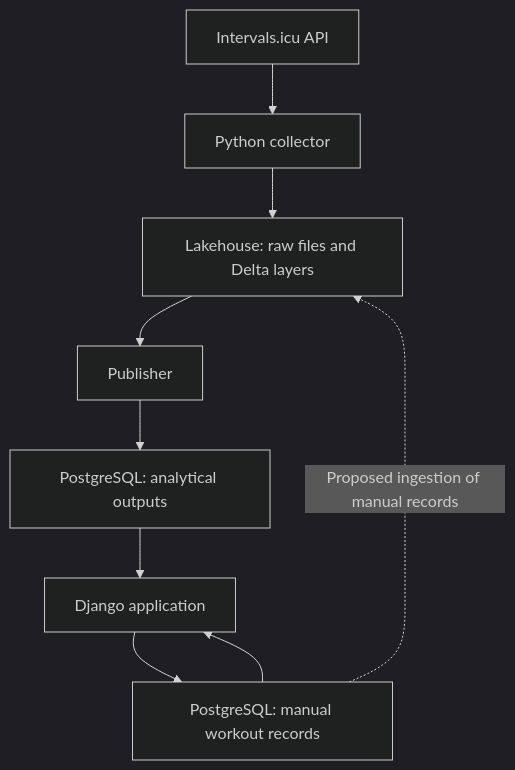
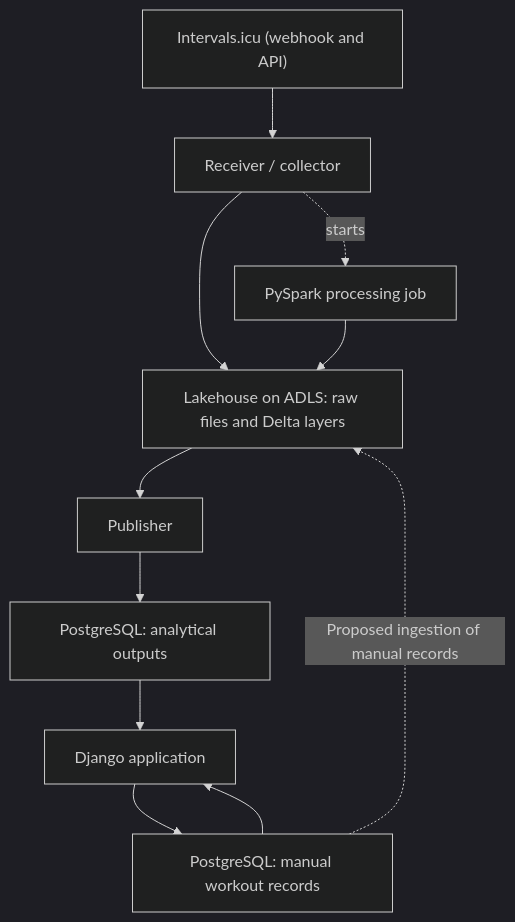
One commit to samuelferoli/intervals_api_project changed the diagram in docs/architecture.md. Above: the diagram before and after it, drawn with Mermaid (dark theme). The commit also changed other lines of this file and 7 other files, not shown here.

````diff
--- a/docs/architecture.md
+++ b/docs/architecture.md
@@ -22,11 +22,13 @@
 ```mermaid
 flowchart TD
-    I["Intervals.icu API"] --> C["Python collector"]
-    C --> L["Lakehouse: raw files and Delta layers"]
+    I["Intervals.icu (webhook and API)"] --> C["Receiver / collector"]
+    C --> L["Lakehouse on ADLS: raw files and Delta layers"]
+    C -. "starts" .-> J["PySpark processing job"]
+    J --> L
     L --> P["Publisher"]
     P --> A["PostgreSQL: analytical outputs"]
     A --> W["Django application"]
     W --> O["PostgreSQL: manual workout records"]
     O --> W
     O -. "Proposed ingestion of manual records" .-> L
 ```
````
